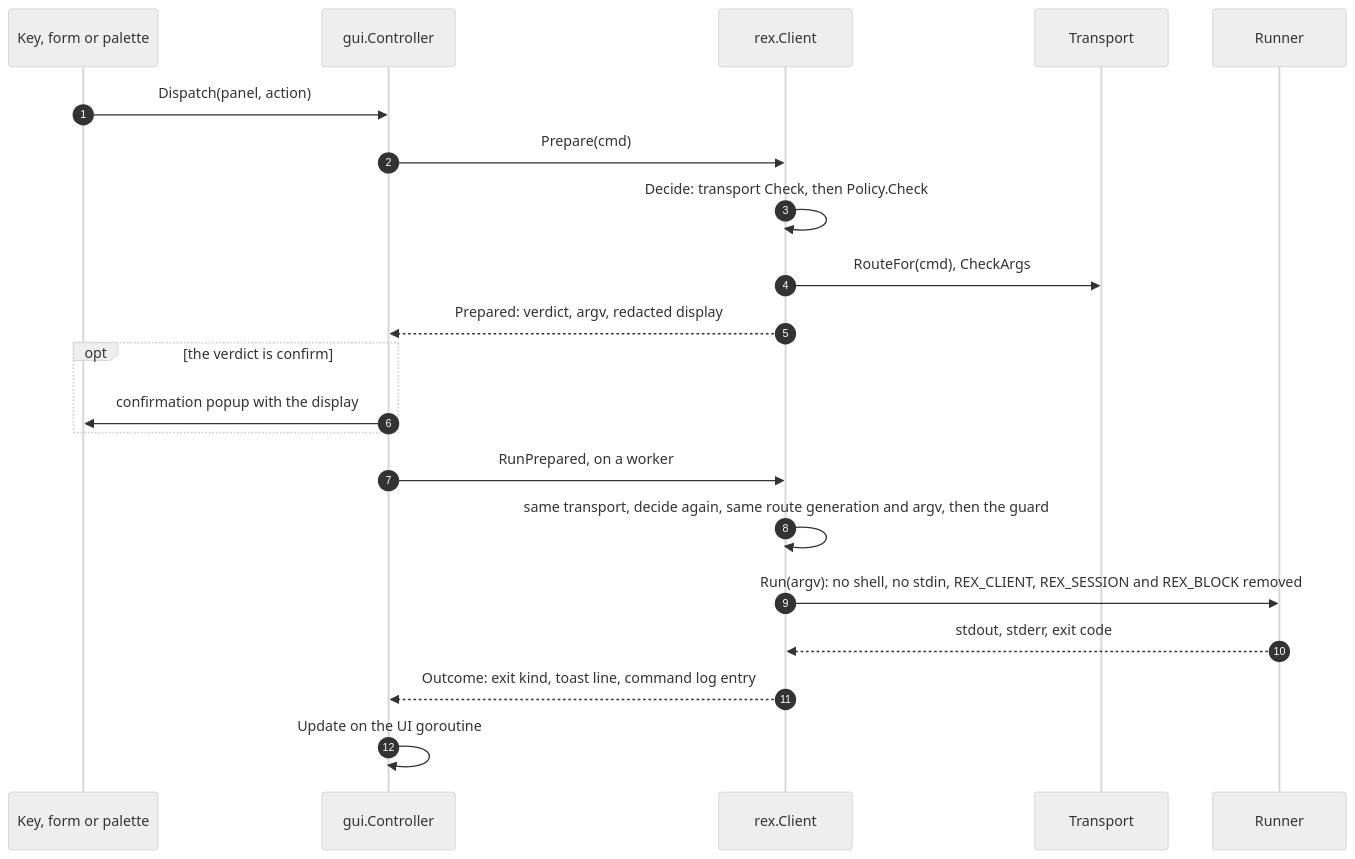
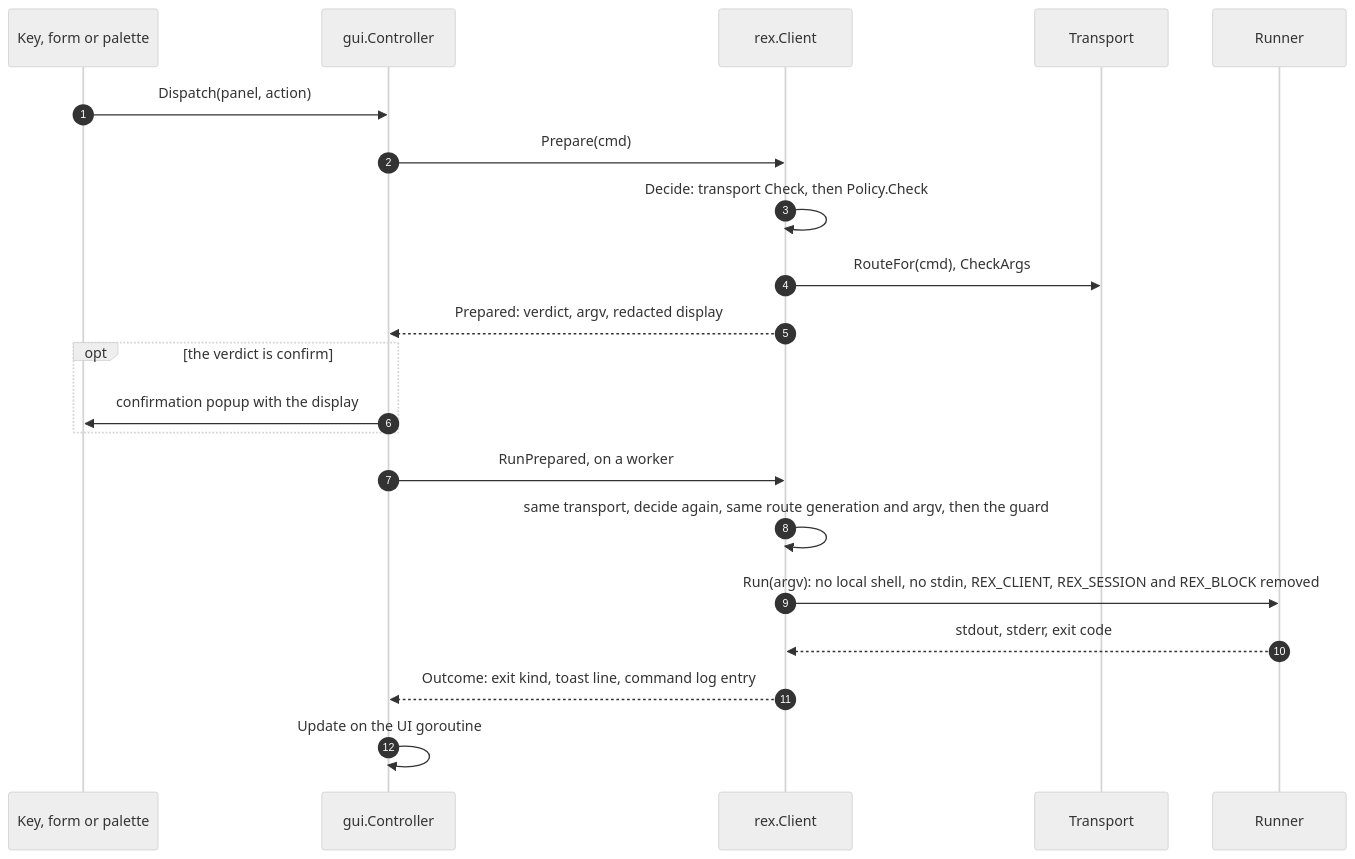
The second of 3 diagrams in docs/architecture.md (rbobillot/lazyrex), drawn with Mermaid (neutral theme) before and after one commit. The commit also changed other lines of this file and 5 other files, not shown here.

````diff
--- a/docs/architecture.md
+++ b/docs/architecture.md
@@ -35,23 +35,23 @@
 ```mermaid
 sequenceDiagram
     autonumber
     participant K as Key, form or palette
     participant C as gui.Controller
     participant P as rex.Client
     participant T as Transport
     participant R as Runner
     K->>C: Dispatch(panel, action)
     C->>P: Prepare(cmd)
     P->>P: Decide: transport Check, then Policy.Check
     P->>T: RouteFor(cmd), CheckArgs
     P-->>C: Prepared: verdict, argv, redacted display
     opt the verdict is confirm
         C->>K: confirmation popup with the display
     end
     C->>P: RunPrepared, on a worker
     P->>P: same transport, decide again, same route generation and argv, then the guard
-    P->>R: Run(argv): no shell, no stdin, REX_CLIENT, REX_SESSION and REX_BLOCK removed
+    P->>R: Run(argv): no local shell, no stdin, REX_CLIENT, REX_SESSION and REX_BLOCK removed
     R-->>P: stdout, stderr, exit code
     P-->>C: Outcome: exit kind, toast line, command log entry
     C->>C: Update on the UI goroutine
 ```
````
